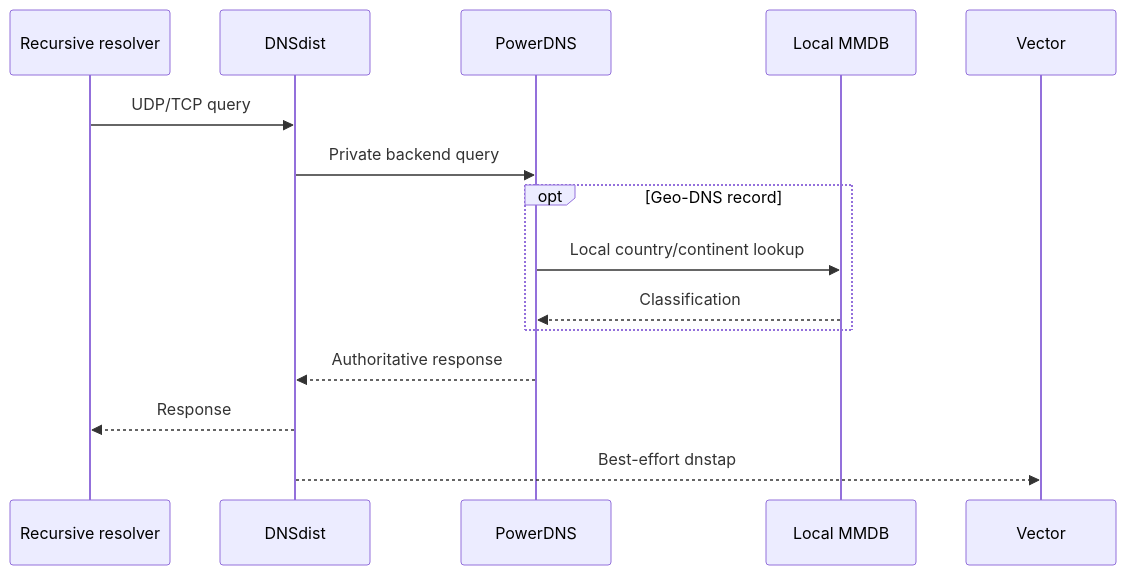
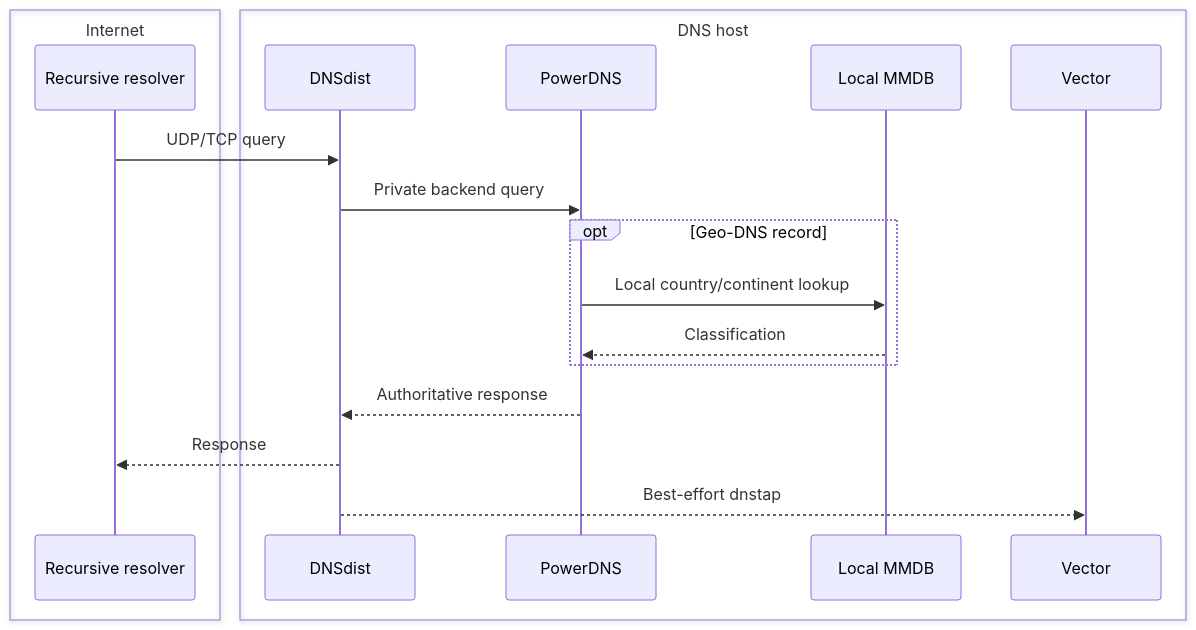
The first of 5 diagrams in docs/architecture/data-flows.md (vaheed/CDNFoundry), drawn with Mermaid before and after one commit. The commit also changed other lines of this file and 24 other files, not shown here.

````diff
--- a/docs/architecture/data-flows.md
+++ b/docs/architecture/data-flows.md
@@ -10,17 +10,21 @@
 ```mermaid
 sequenceDiagram
-    participant R as Recursive resolver
-    participant D as DNSdist
-    participant P as PowerDNS
-    participant M as Local MMDB
-    participant V as Vector
+    box Internet
+      participant R as Recursive resolver
+    end
+    box DNS host
+      participant D as DNSdist
+      participant P as PowerDNS
+      participant M as Local MMDB
+      participant V as Vector
+    end
     R->>D: UDP/TCP query
     D->>P: Private backend query
     opt Geo-DNS record
       P->>M: Local country/continent lookup
       M-->>P: Classification
     end
     P-->>D: Authoritative response
     D-->>R: Response
     D-->>V: Best-effort dnstap
 ```
````
